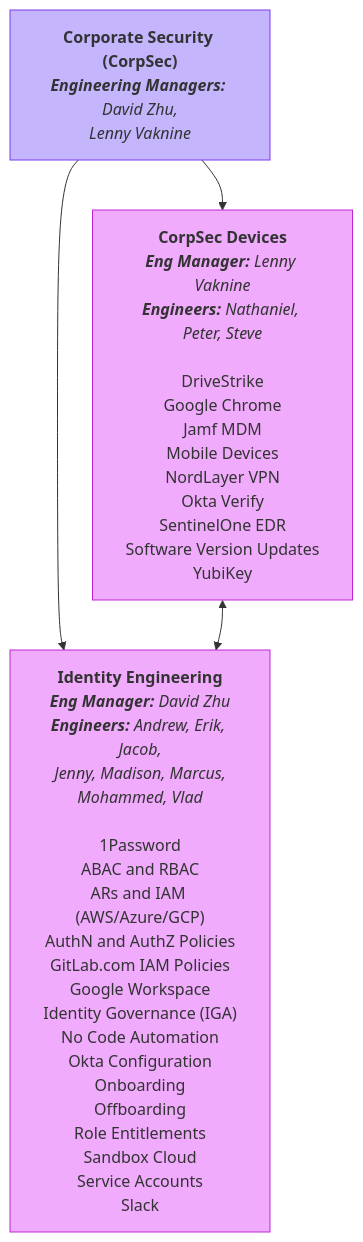
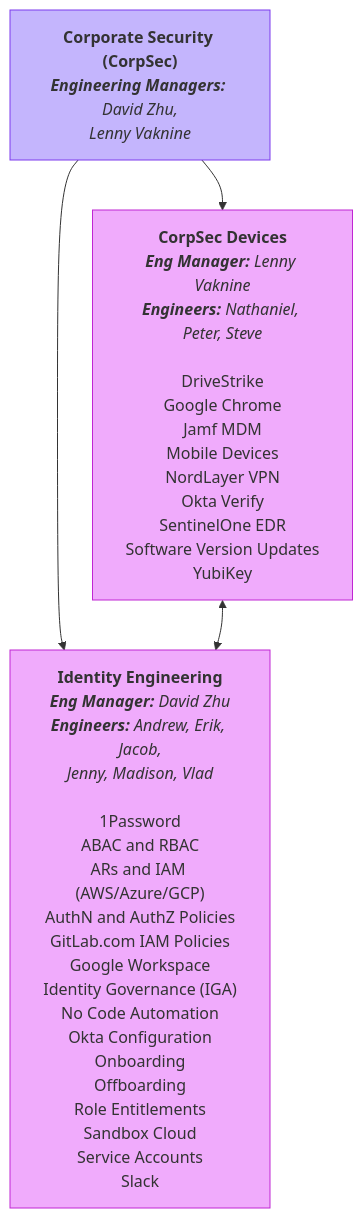
Before and after one commit to kyama0/gitlab-handbook-ja: the first of 2 diagrams in content/handbook/security/corporate/team/_index.md, drawn with Mermaid. The commit also changed other lines of this file and 96 other files, not shown here.

````diff
--- a/content/handbook/security/corporate/team/_index.md
+++ b/content/handbook/security/corporate/team/_index.md
@@ -256,24 +222,24 @@
 ```mermaid
 graph TB
 
 CORPSEC_SVC["<b>Corporate Security (CorpSec)</b><br><i><b>Engineering Managers:</b> David Zhu,<br>Lenny Vaknine</i>"]:::violet
 
 
 CORPSEC_ENG_DEVICE["<b>CorpSec Devices</b><br><i><b>Eng Manager:</b> Lenny Vaknine</i><br><i><b>Engineers:</b> Nathaniel, Peter, Steve</i><br><br>DriveStrike<br>Google Chrome<br>Jamf MDM<br>Mobile Devices<br>NordLayer VPN<br>Okta Verify<br>SentinelOne EDR<br>Software Version Updates<br>YubiKey"]:::fuchsia
-CORPSEC_ENG_IDENTITY["<b>Identity Engineering</b><br><i><b>Eng Manager:</b> David Zhu</i><br><i><b>Engineers:</b> Andrew, Erik, Jacob,<br>Jenny, Madison, Marcus,<br>Mohammed, Vlad</i><br><br>1Password<br>ABAC and RBAC<br>ARs and IAM (AWS/Azure/GCP)<br>AuthN and AuthZ Policies<br>GitLab.com IAM Policies<br>Google Workspace<br>Identity Governance (IGA)<br>No Code Automation<br>Okta Configuration<br>Onboarding<br>Offboarding<br>Role Entitlements<br>Sandbox Cloud<br>Service Accounts<br>Slack"]:::fuchsia
+CORPSEC_ENG_IDENTITY["<b>Identity Engineering</b><br><i><b>Eng Manager:</b> David Zhu</i><br><i><b>Engineers:</b> Andrew, Erik, Jacob,<br>Jenny, Madison, Vlad</i><br><br>1Password<br>ABAC and RBAC<br>ARs and IAM (AWS/Azure/GCP)<br>AuthN and AuthZ Policies<br>GitLab.com IAM Policies<br>Google Workspace<br>Identity Governance (IGA)<br>No Code Automation<br>Okta Configuration<br>Onboarding<br>Offboarding<br>Role Entitlements<br>Sandbox Cloud<br>Service Accounts<br>Slack"]:::fuchsia
 
 
 classDef slate fill:#cbd5e1,stroke:#475569,stroke-width:1px;
 classDef red fill:#fca5a5,stroke:#dc2626,stroke-width:1px;
 classDef orange fill:#fdba74,stroke:#ea580c,stroke-width:1px;
 classDef yellow fill:#fcd34d,stroke:#ca8a04,stroke-width:1px;
 classDef emerald fill:#6ee7b7,stroke:#059669,stroke-width:1px;
 classDef cyan fill:#67e8f9,stroke:#0891b2,stroke-width:1px;
 classDef sky fill:#7dd3fc,stroke:#0284c7,stroke-width:1px;
 classDef violet fill:#c4b5fd,stroke:#7c3aed,stroke-width:1px;
 classDef fuchsia fill:#f0abfc,stroke:#c026d3,stroke-width:1px;
 CORPSEC_SVC --> CORPSEC_ENG_DEVICE
 CORPSEC_SVC --> CORPSEC_ENG_IDENTITY
 CORPSEC_ENG_DEVICE <--> CORPSEC_ENG_IDENTITY
 
 ```
````
